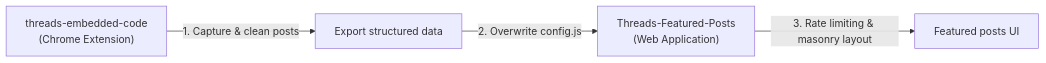
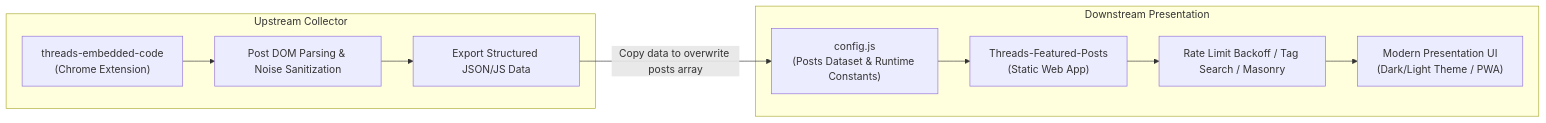
The first of 3 diagrams in README_EN.md (Scorpio-meow/Threads-Featured-Posts), drawn with Mermaid before and after one commit. The commit also changed other lines of this file and 2 other files, not shown here.

````diff
--- a/README_EN.md
+++ b/README_EN.md
@@ -13,6 +13,19 @@
 ```mermaid
 flowchart LR
-    Collector["threads-embedded-code\n(Chrome Extension)"] -- "1. Capture & clean posts" --> Export["Export structured data"]
-    Export -- "2. Overwrite config.js" --> Viewer["Threads-Featured-Posts\n(Web Application)"]
-    Viewer -- "3. Rate limiting & masonry layout" --> UI["Featured posts UI"]
+    subgraph Upstream ["Upstream Collector"]
+        Collector["threads-embedded-code\n(Chrome Extension)"]
+        Parser["Post DOM Parsing & Noise Sanitization"]
+        Export["Export Structured JSON/JS Data"]
+        Collector --> Parser --> Export
+    end
+
+    subgraph Downstream ["Downstream Presentation"]
+        Config["config.js\n(Posts Dataset & Runtime Constants)"]
+        Viewer["Threads-Featured-Posts\n(Static Web App)"]
+        Engine["Rate Limit Backoff / Tag Search / Masonry"]
+        UI["Modern Presentation UI\n(Dark/Light Theme / PWA)"]
+        Config --> Viewer --> Engine --> UI
+    end
+
+    Export -- "Copy data to overwrite posts array" --> Config
 ```
````
